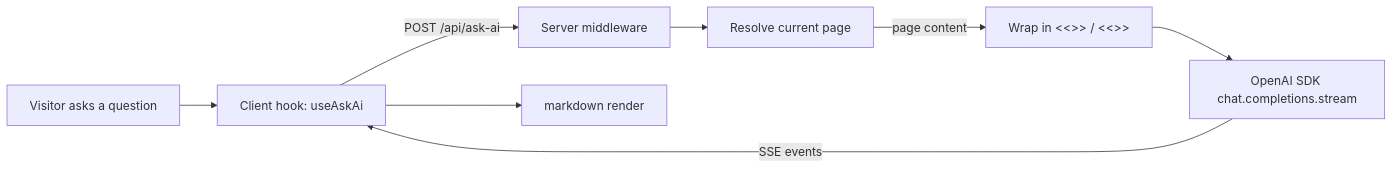
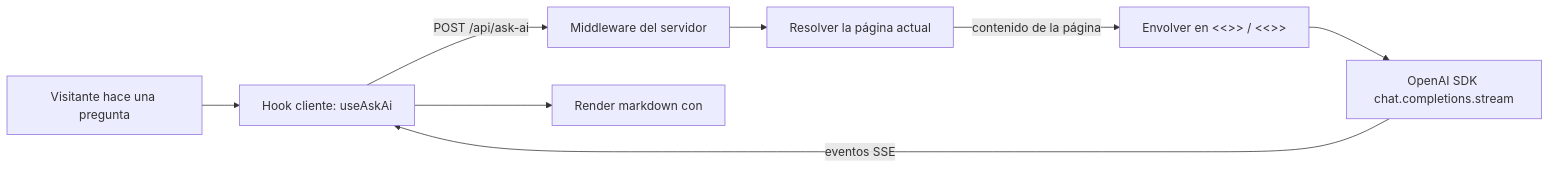
The diagram in docs/docs/en/(plugins)/plugin-ask-ai.mdx (jesusalcaladev/boltdocs), drawn with Mermaid before and after one commit. The commit also changed other lines of this file and 103 other files, not shown here.

````diff
--- a/docs/docs/en/(plugins)/plugin-ask-ai.mdx
+++ b/docs/docs/en/(plugins)/plugin-ask-ai.mdx
@@ -63,10 +53,10 @@
 ```mermaid
 flowchart LR
-  A[Visitor asks a question] --> B[Client hook: useAskAi]
-  B -->|POST /api/ask-ai| C[Server middleware]
-  C --> D[Resolve current page]
-  D -->|page content| E[Wrap in <<<DOCS_START>>> / <<<DOCS_END>>>]
+  A[Visitante hace una pregunta] --> B[Hook cliente: useAskAi]
+  B -->|POST /api/ask-ai| C[Middleware del servidor]
+  C --> D[Resolver la página actual]
+  D -->|contenido de la página| E[Envolver en <<<DOCS_START>>> / <<<DOCS_END>>>]
   E --> F[OpenAI SDK chat.completions.stream]
-  F -->|SSE events| B
-  B --> G[<Streamdown> markdown render]
+  F -->|eventos SSE| B
+  B --> G[Render markdown con <Streamdown>]
 ```
````
